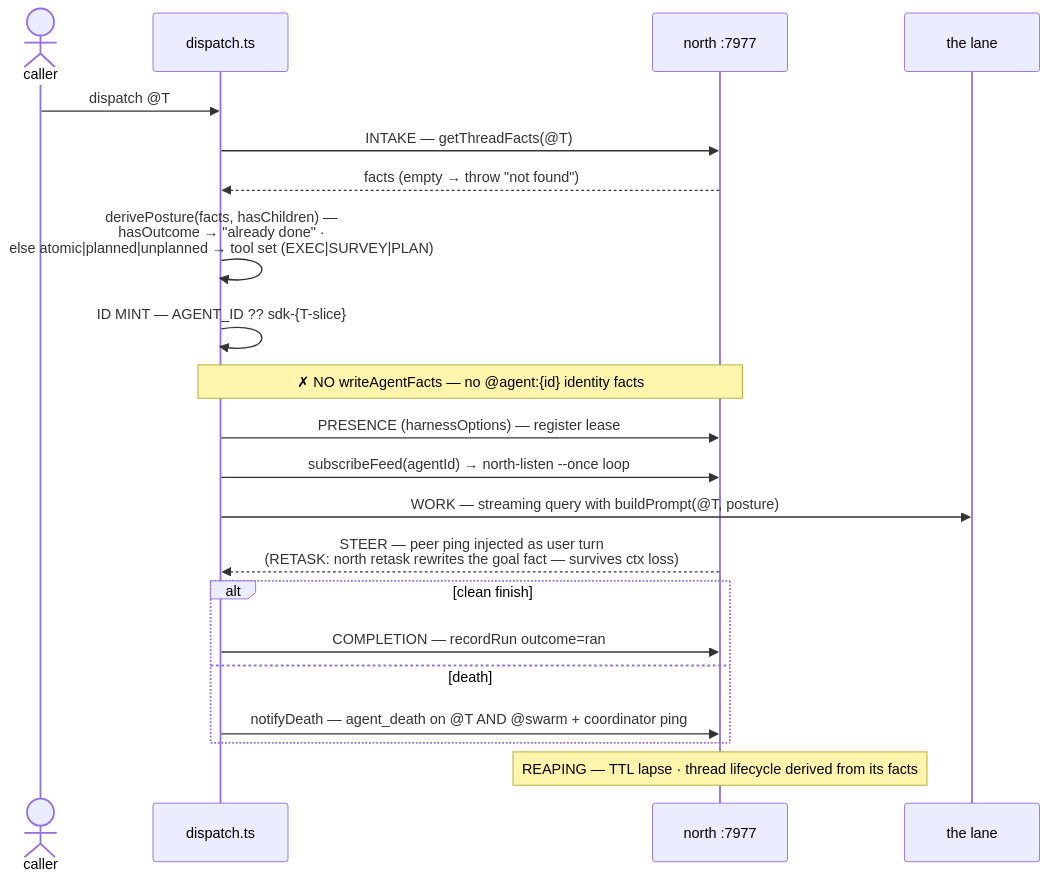
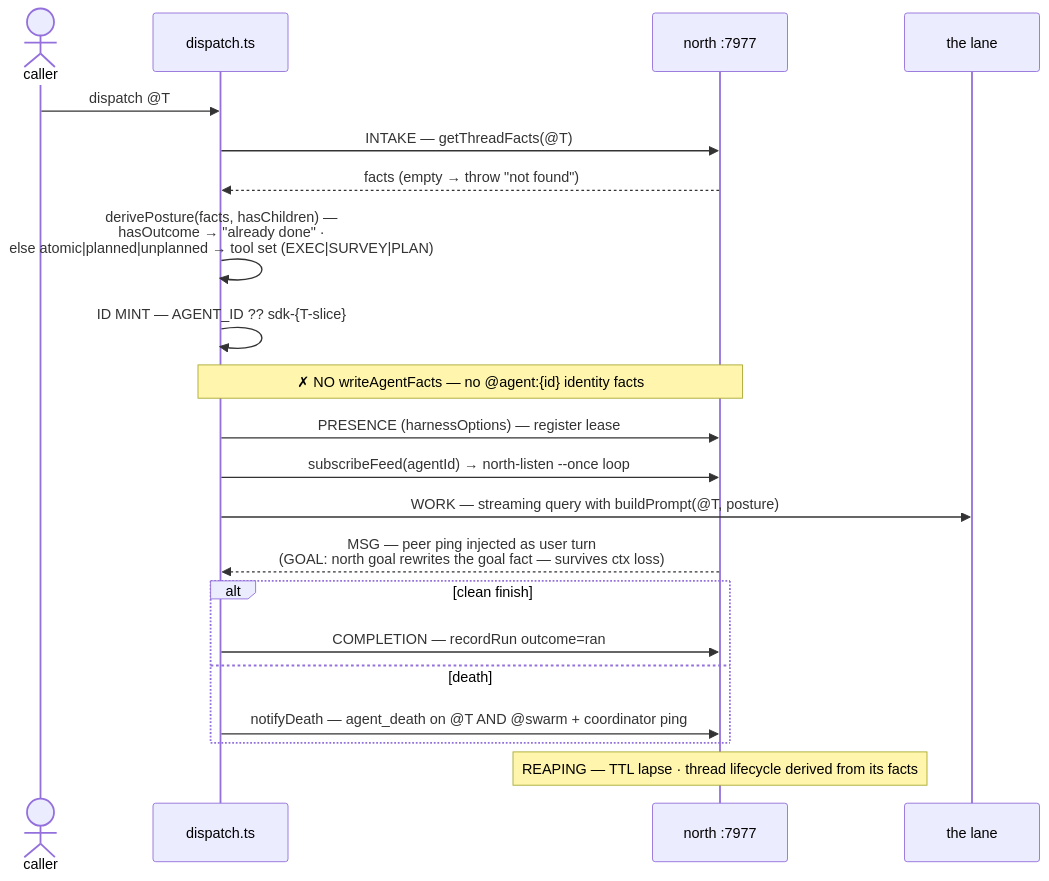
Before and after one commit to tompassarelli/north: the seventh of 10 diagrams in docs/workflow-map.md, drawn with Mermaid. The commit also changed other lines of this file and 6 other files, not shown here.

First line of the commit message:
docs: the prose says msg and goal too

````diff
--- a/docs/workflow-map.md
+++ b/docs/workflow-map.md
@@ -313,23 +313,23 @@
 ```mermaid
 sequenceDiagram
     actor CA as caller
     participant DI as dispatch.ts
     participant T as north :7977
     participant L as the lane
     CA->>DI: dispatch @T
     DI->>T: INTAKE — getThreadFacts(@T)
     T-->>DI: facts (empty → throw "not found")
     DI->>DI: derivePosture(facts, hasChildren) —<br/>hasOutcome → "already done" ·<br/>else atomic|planned|unplanned → tool set (EXEC|SURVEY|PLAN)
     DI->>DI: ID MINT — AGENT_ID ?? sdk-{T-slice}
     Note over DI,T: ✗ NO writeAgentFacts — no @agent:{id} identity facts
     DI->>T: PRESENCE (harnessOptions) — register lease
     DI->>T: subscribeFeed(agentId) → north-listen --once loop
     DI->>L: WORK — streaming query with buildPrompt(@T, posture)
-    T-->>DI: STEER — peer ping injected as user turn<br/>(RETASK: north retask rewrites the goal fact — survives ctx loss)
+    T-->>DI: MSG — peer ping injected as user turn<br/>(GOAL: north goal rewrites the goal fact — survives ctx loss)
     alt clean finish
         DI->>T: COMPLETION — recordRun outcome=ran
     else death
         DI->>T: notifyDeath — agent_death on @T AND @swarm + coordinator ping
     end
     Note over T: REAPING — TTL lapse · thread lifecycle derived from its facts
 ```
````
